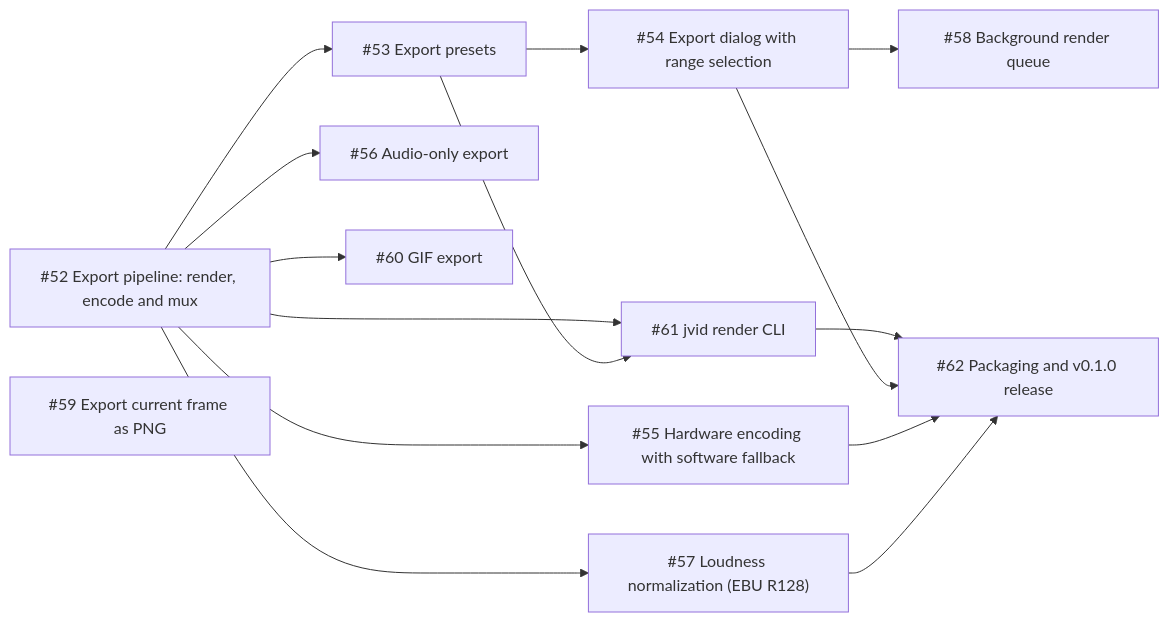
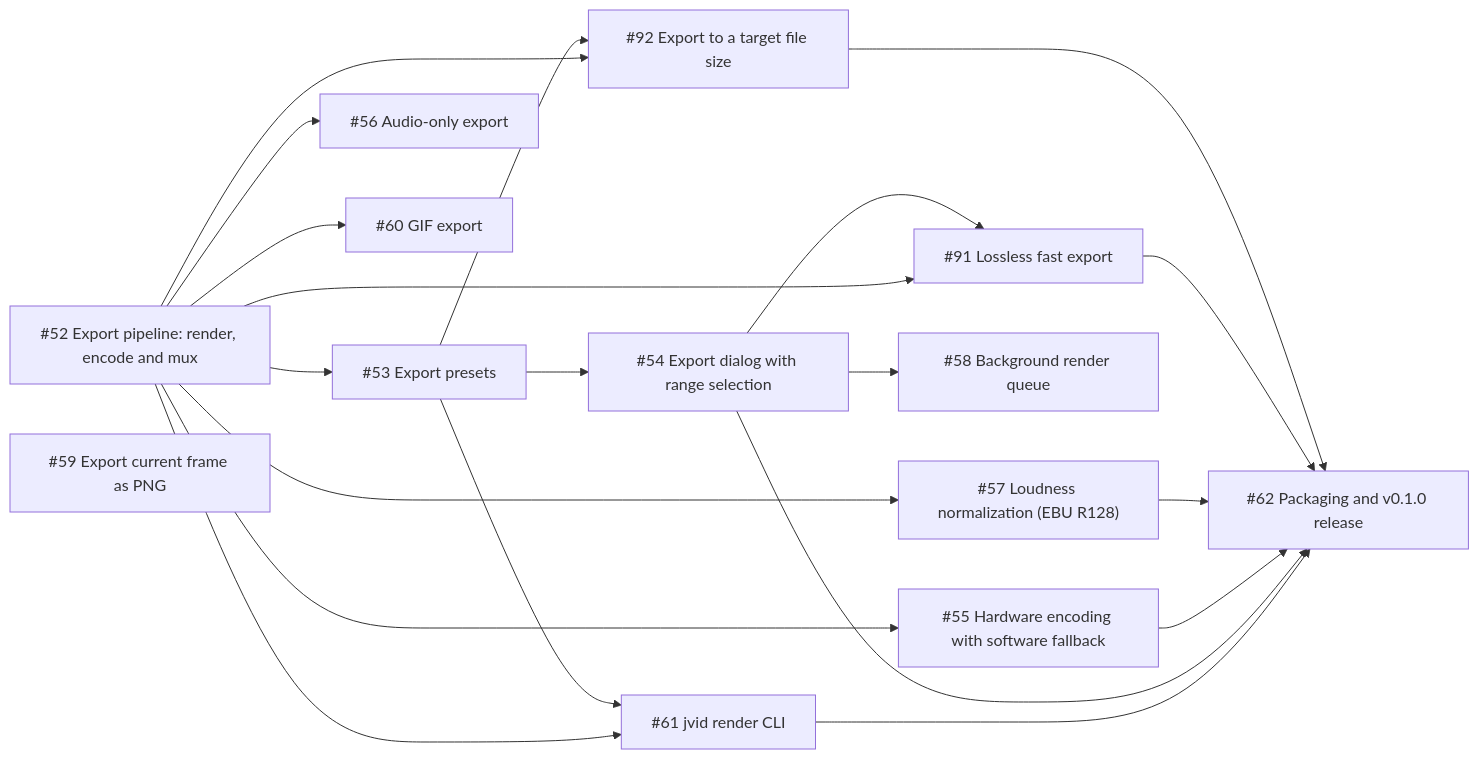
Before and after one commit to jarradbanks/jvid: the fifth of 7 diagrams in docs/ROADMAP.md, drawn with Mermaid. The commit also changed other lines of this file and 5 other files, not shown here.

````diff
--- a/docs/ROADMAP.md
+++ b/docs/ROADMAP.md
@@ -256,27 +263,35 @@
 ```mermaid
 flowchart LR
   encode["#35;52 Export pipeline: render, encode and mux"]
   presets["#35;53 Export presets"]
   export_dialog["#35;54 Export dialog with range selection"]
   hw_encode["#35;55 Hardware encoding with software fallback"]
   audio_export["#35;56 Audio-only export"]
   loudness["#35;57 Loudness normalization (EBU R128)"]
   queue["#35;58 Background render queue"]
   frame_png["#35;59 Export current frame as PNG"]
   gif["#35;60 GIF export"]
+  lossless_export["#35;91 Lossless fast export"]
+  target_size["#35;92 Export to a target file size"]
   cli["#35;61 jvid render CLI"]
   release["#35;62 Packaging and v0.1.0 release"]
   encode --> presets
   presets --> export_dialog
   encode --> hw_encode
   encode --> audio_export
   encode --> loudness
   export_dialog --> queue
   encode --> gif
+  encode --> lossless_export
+  export_dialog --> lossless_export
+  encode --> target_size
+  presets --> target_size
   encode --> cli
   presets --> cli
   cli --> release
   export_dialog --> release
   hw_encode --> release
   loudness --> release
+  lossless_export --> release
+  target_size --> release
 ```
````
